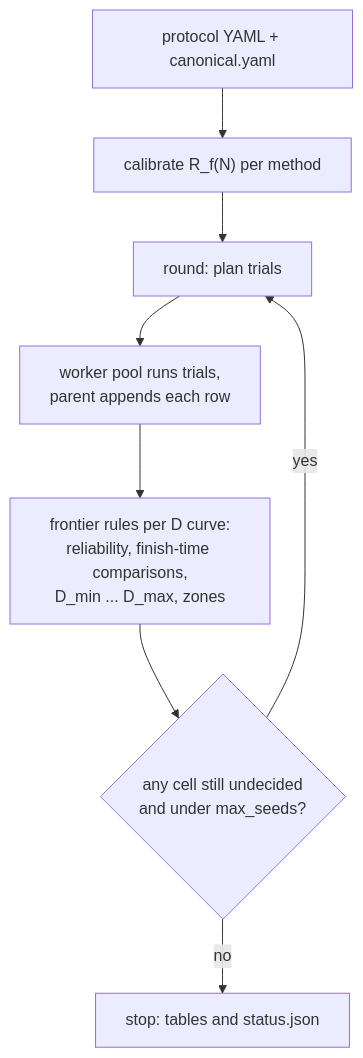
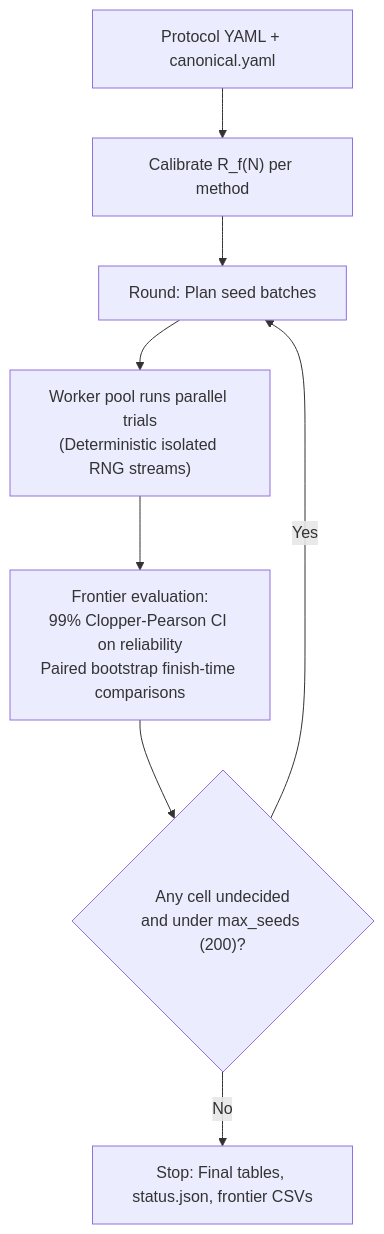
One commit to lykimq/HerdSim changed the diagram in README.md. Above: the diagram before and after it, drawn with Mermaid. The commit also changed other lines of this file, not shown here.

````diff
--- a/README.md
+++ b/README.md
@@ -28,10 +74,10 @@
 ```mermaid
 flowchart TD
-    P["protocol YAML + canonical.yaml"] --> CAL["calibrate R_f(N) per method"]
-    CAL --> R["round: plan trials"]
-    R --> W["worker pool runs trials,<br/>parent appends each row"]
-    W --> F["frontier rules per D curve:<br/>reliability, finish-time comparisons,<br/>D_min ... D_max, zones"]
-    F --> Q{"any cell still undecided<br/>and under max_seeds?"}
-    Q -- yes --> R
-    Q -- no --> S["stop: tables and status.json"]
+    P["Protocol YAML + canonical.yaml"] --> CAL["Calibrate R_f(N) per method"]
+    CAL --> R["Round: Plan seed batches"]
+    R --> W["Worker pool runs parallel trials<br/>(Deterministic isolated RNG streams)"]
+    W --> F["Frontier evaluation:<br/>99% Clopper-Pearson CI on reliability<br/>Paired bootstrap finish-time comparisons"]
+    F --> Q{"Any cell undecided<br/>and under max_seeds (200)?"}
+    Q -- Yes --> R
+    Q -- No --> S["Stop: Final tables, status.json, frontier CSVs"]
 ```
````
